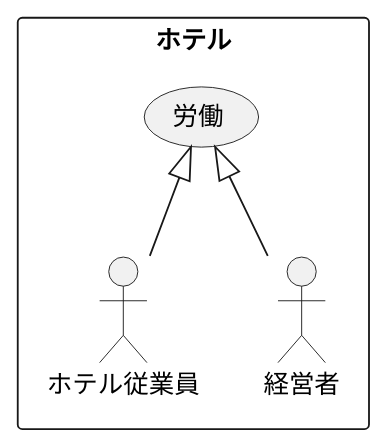
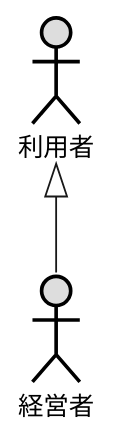
One commit to Skypeace8585/uml-introduction changed the diagram in 演習2-2_ホテル従業員.pu. Above: the diagram before and after it, drawn with PlantUML. The commit also changed 2 other files, not shown here.

```diff
--- a/演習2-2_ホテル従業員.pu
+++ b/演習2-2_ホテル従業員.pu
@@ -1,8 +1,6 @@
 @startuml ユースケース図
 ' left to right direction
-rectangle ホテル {
-usecase 労働
-労働 <|-- ホテル従業員
-労働 <|-- 経営者
-}
+actor 利用者 #DDDDDD;line:black;line.bold;
+actor 経営者 #DDDDDD;line:black;line.bold;
+利用者<|--経営者
 @enduml
```
